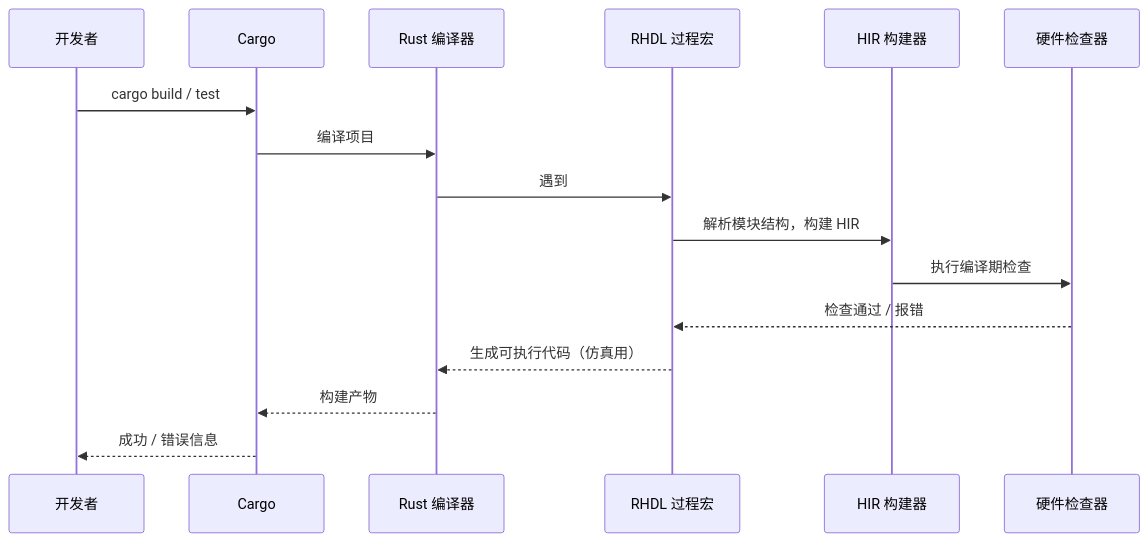
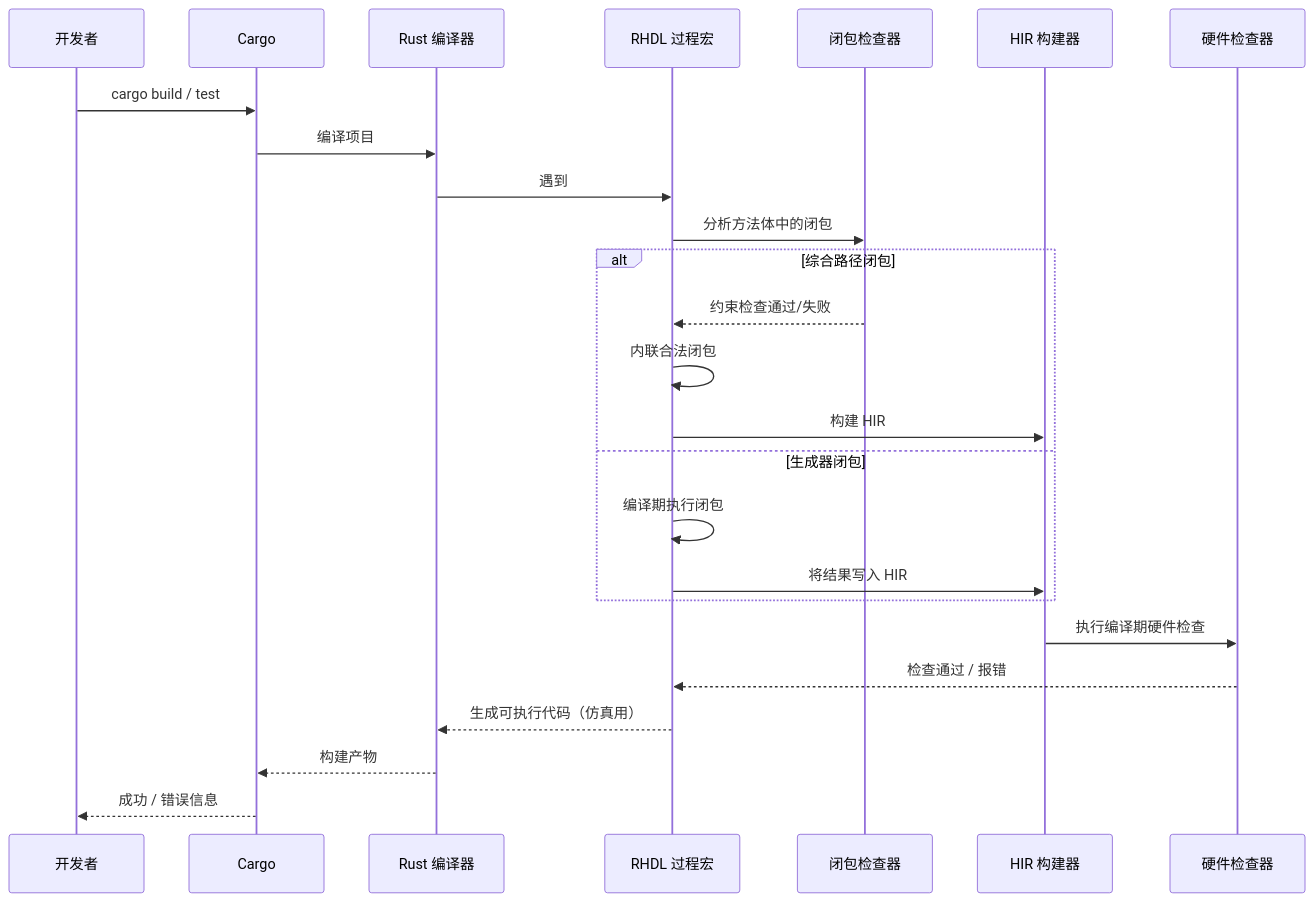
The fourth of 18 diagrams in docs/requirements/4. 整体架构与工作流.md (TangCan/bitloom), drawn with Mermaid before and after one commit. The commit also changed other lines of this file and 17 other files, not shown here.

````diff
--- a/docs/requirements/4. 整体架构与工作流.md
+++ b/docs/requirements/4. 整体架构与工作流.md
@@ -126,20 +134,28 @@
 ```mermaid
 sequenceDiagram
     participant User as 开发者
     participant Cargo as Cargo
     participant rustc as Rust 编译器
     participant Macro as RHDL 过程宏
+    participant ClosureCheck as 闭包检查器
     participant HIR as HIR 构建器
     participant Check as 硬件检查器
 
     User->>Cargo: cargo build / test
     Cargo->>rustc: 编译项目
     rustc->>Macro: 遇到 #[module] 等宏
-    Macro->>HIR: 解析模块结构，构建 HIR
-    HIR->>Check: 执行编译期检查
+    Macro->>ClosureCheck: 分析方法体中的闭包
+    alt 综合路径闭包
+        ClosureCheck-->>Macro: 约束检查通过/失败
+        Macro->>Macro: 内联合法闭包
+        Macro->>HIR: 构建 HIR
+    else 生成器闭包
+        Macro->>Macro: 编译期执行闭包
+        Macro->>HIR: 将结果写入 HIR
+    end
+    HIR->>Check: 执行编译期硬件检查
     Check-->>Macro: 检查通过 / 报错
     Macro-->>rustc: 生成可执行代码（仿真用）
     rustc-->>Cargo: 构建产物
     Cargo-->>User: 成功 / 错误信息
-
 ```
````
